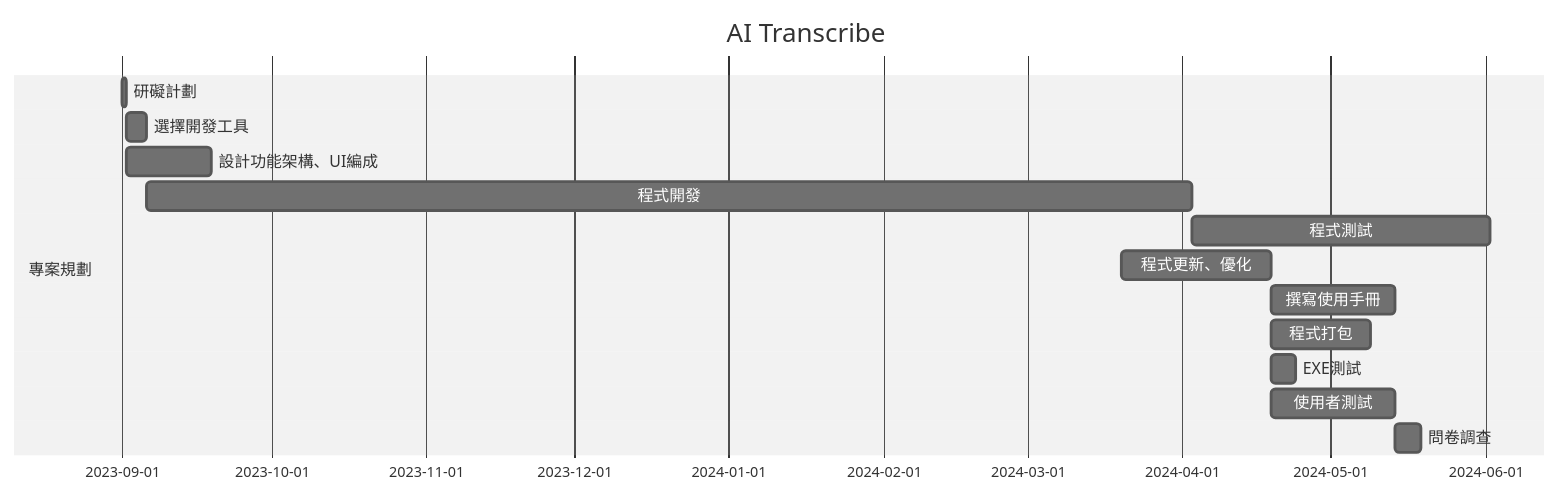
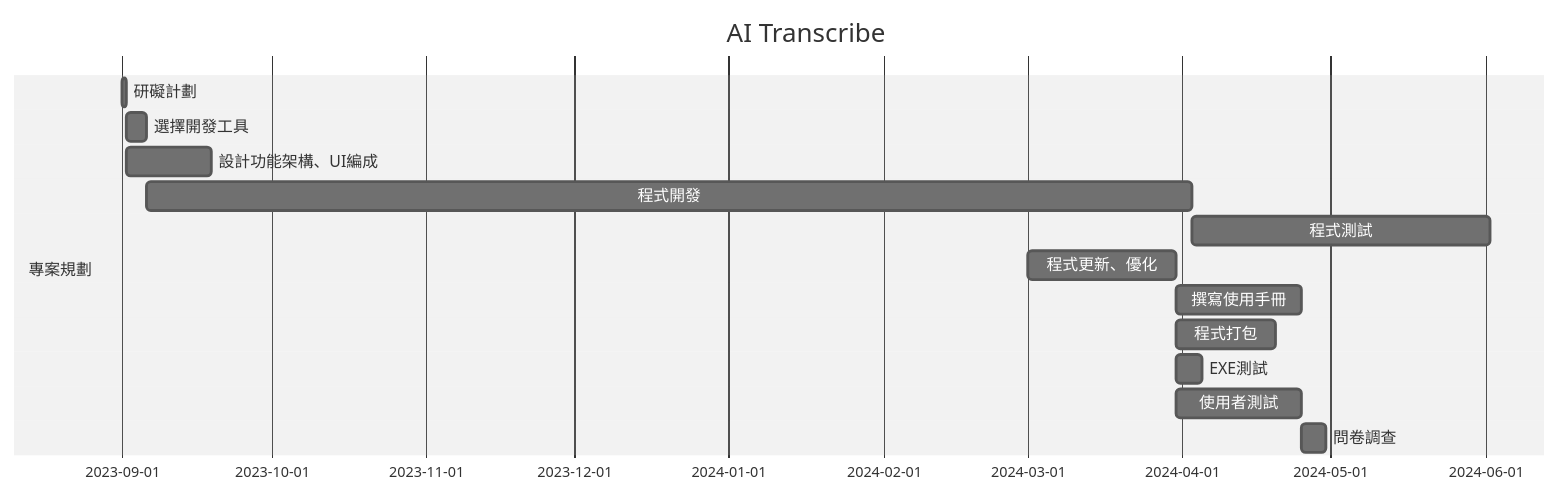
One commit to MITC110118132/23a changed the third of 4 diagrams in hw2.md. Above: the diagram before and after it, drawn with Mermaid (neutral theme).

````diff
--- a/hw2.md
+++ b/hw2.md
@@ -34,17 +34,17 @@
 ```mermaid
 gantt
     title AI Transcribe
 
     section 專案規劃
     研礙計劃           :a1, 2023-09-01, 1d
     選擇開發工具           :a2, after a1  , 4d
     設計功能架構、UI編成           :a3, after a1  , 17d
     程式開發           :a4, after a2  , 210d
     程式測試           :a5, after a4  , 60d
-    程式更新、優化           :a6, 2024-03-20  , 30d
+    程式更新、優化           :a6, 2024-03-01  , 30d
     撰寫使用手冊        :a7, after a6  , 25d
     程式打包           :a8, after a6  , 20d
     EXE測試           :a9, after a6  , 5d
     使用者測試         :a10, after a6  , 25d
     問卷調查           :a11, after a10 , 5d
 ```
````
